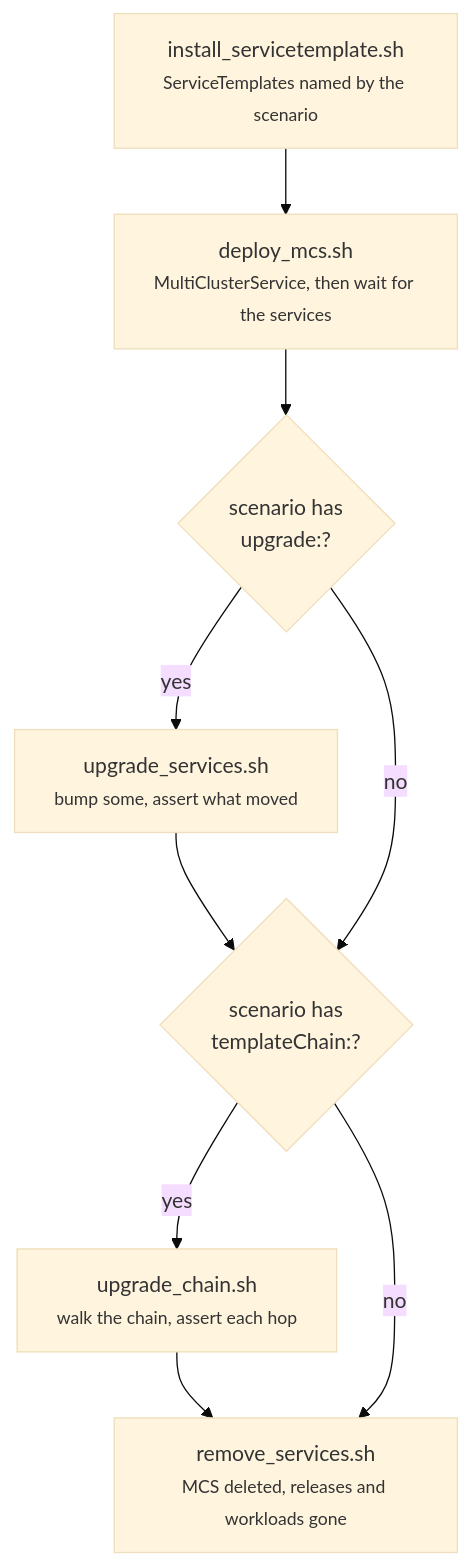
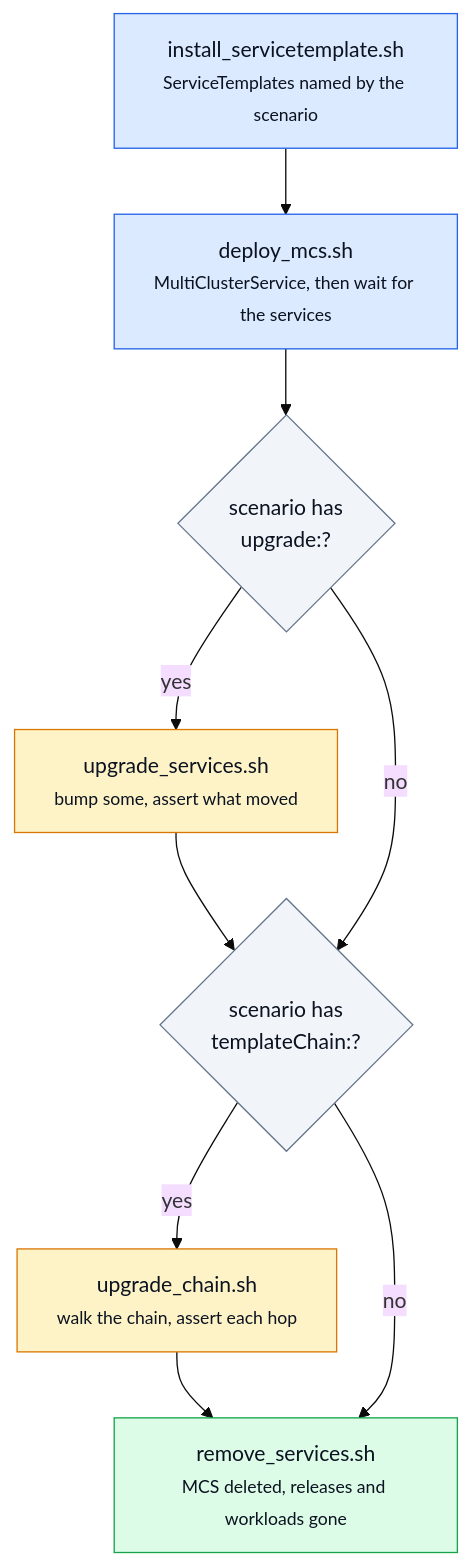
One commit to josef-hak/k0rdent-ksm-tests changed the first of 2 diagrams in README.md. Above: the diagram before and after it, drawn with Mermaid (base theme). The commit also changed other lines of this file, not shown here.

Commit message:
docs: colour the README diagrams

````diff
--- a/README.md
+++ b/README.md
@@ -20,16 +20,26 @@
 ```mermaid
 flowchart TD
     T["install_servicetemplate.sh<br/><small>ServiceTemplates named by the scenario</small>"]
     D["deploy_mcs.sh<br/><small>MultiClusterService, then wait for the services</small>"]
     U{"scenario has<br/>upgrade:?"}
     US["upgrade_services.sh<br/><small>bump some, assert what moved</small>"]
     C{"scenario has<br/>templateChain:?"}
     UC["upgrade_chain.sh<br/><small>walk the chain, assert each hop</small>"]
     R["remove_services.sh<br/><small>MCS deleted, releases and workloads gone</small>"]
 
     T --> D --> U
     U -- yes --> US --> C
     U -- no --> C
     C -- yes --> UC --> R
     C -- no --> R
+
+    classDef always fill:#dbeafe,stroke:#2563eb,stroke-width:1px,color:#0b1220
+    classDef optional fill:#fef3c7,stroke:#d97706,stroke-width:1px,color:#0b1220
+    classDef gate fill:#f1f5f9,stroke:#64748b,stroke-width:1px,color:#0b1220
+    classDef teardown fill:#dcfce7,stroke:#16a34a,stroke-width:1px,color:#0b1220
+
+    class T,D always
+    class US,UC optional
+    class U,C gate
+    class R teardown
 ```
````
